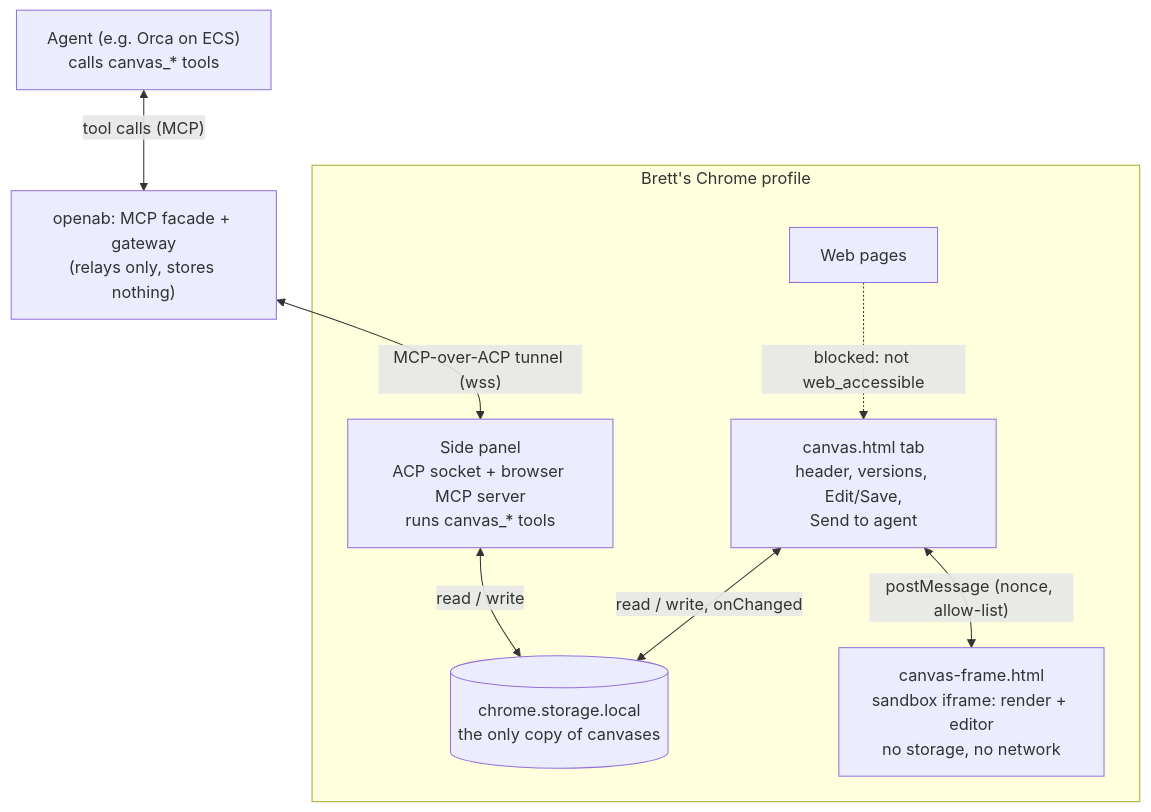
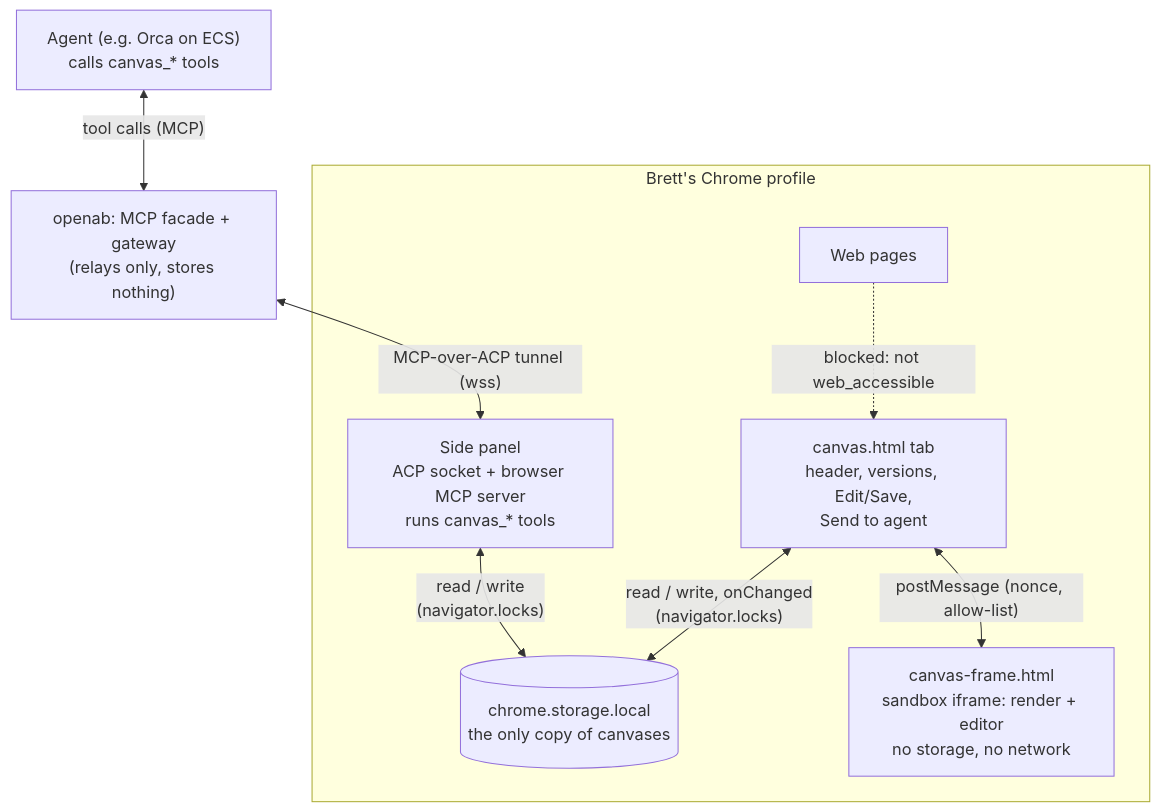
Before and after one commit to brettchien/katashiro: the first of 2 diagrams in docs/adr/canvas.md, drawn with Mermaid. The commit also changed other lines of this file, not shown here.

Commit message:
docs(adr): canvas — §3.9 sequence shows normalization round trip and locks; panel learns via storage.onChanged

````diff
--- a/docs/adr/canvas.md
+++ b/docs/adr/canvas.md
@@ -480,18 +482,18 @@
 ```mermaid
 flowchart TB
   AG["Agent (e.g. Orca on ECS)<br/>calls canvas_* tools"]
   OA["openab: MCP facade + gateway<br/>(relays only, stores nothing)"]
   subgraph CH["Brett's Chrome profile"]
     SP["Side panel<br/>ACP socket + browser MCP server<br/>runs canvas_* tools"]
     ST[("chrome.storage.local<br/>the only copy of canvases")]
     CV["canvas.html tab<br/>header, versions, Edit/Save,<br/>Send to agent"]
     FR["canvas-frame.html<br/>sandbox iframe: render + editor<br/>no storage, no network"]
     WEB["Web pages"]
   end
   AG <-->|"tool calls (MCP)"| OA
   OA <-->|"MCP-over-ACP tunnel (wss)"| SP
-  SP <-->|"read / write"| ST
-  CV <-->|"read / write, onChanged"| ST
+  SP <-->|"read / write<br/>(navigator.locks)"| ST
+  CV <-->|"read / write, onChanged<br/>(navigator.locks)"| ST
   CV <-->|"postMessage (nonce, allow-list)"| FR
   WEB -.->|"blocked: not web_accessible"| CV
 ```
````
